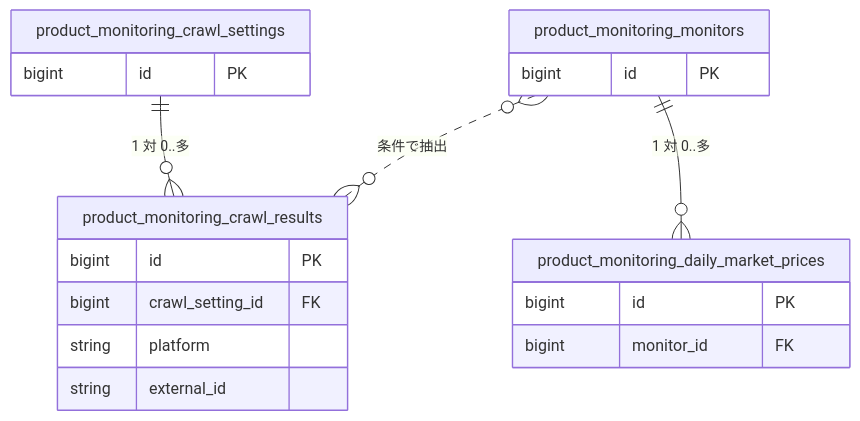
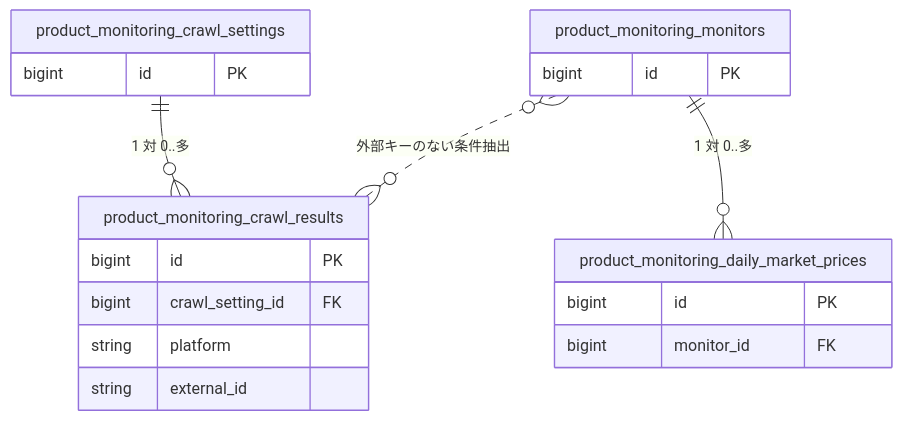
One commit to kuroweb/price-monitoring changed the diagram in docs/features/product-monitoring/database.md. Above: the diagram before and after it, drawn with Mermaid. The commit also changed other lines of this file and 1 other file, not shown here.

First line of the commit message:
docs(product-monitoring): アソシエーションを erDiagram だけにする

````diff
--- a/docs/features/product-monitoring/database.md
+++ b/docs/features/product-monitoring/database.md
@@ -21,22 +7,22 @@
 ```mermaid
 erDiagram
   product_monitoring_crawl_settings {
     bigint id PK
   }
   product_monitoring_crawl_results {
     bigint id PK
     bigint crawl_setting_id FK
     string platform
     string external_id
   }
   product_monitoring_monitors {
     bigint id PK
   }
   product_monitoring_daily_market_prices {
     bigint id PK
     bigint monitor_id FK
   }
   product_monitoring_crawl_settings ||--o{ product_monitoring_crawl_results : "1 対 0..多"
   product_monitoring_monitors ||--o{ product_monitoring_daily_market_prices : "1 対 0..多"
-  product_monitoring_monitors }o..o{ product_monitoring_crawl_results : "条件で抽出"
+  product_monitoring_monitors }o..o{ product_monitoring_crawl_results : "外部キーのない条件抽出"
 ```
````
